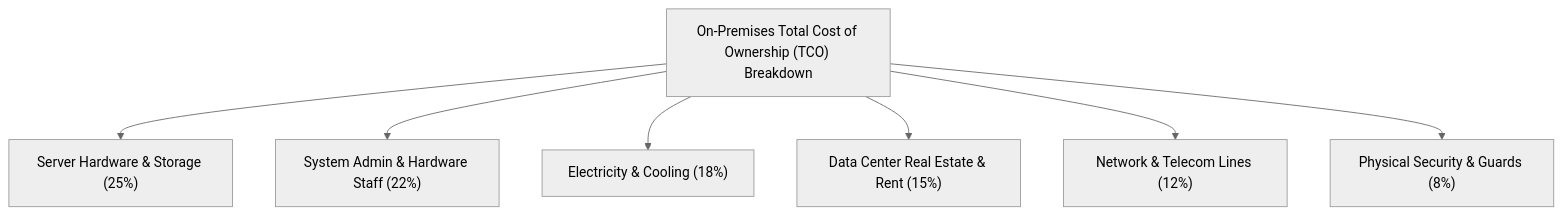
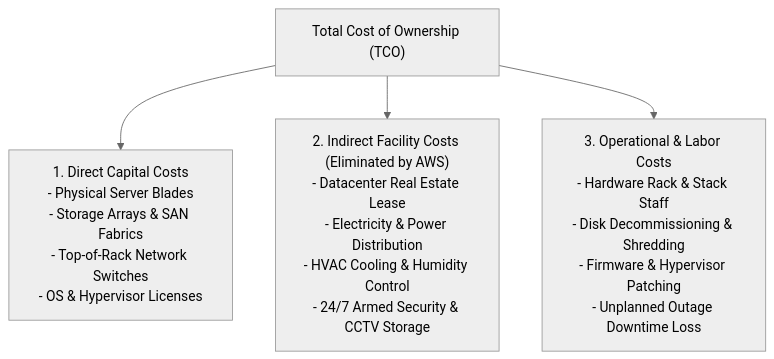
The third of 3 diagrams in Cloud/Practitioner/CLF-C02/06_Explanations/01_Cloud_Concepts/Cloud_Economics_and_TCO.md (fakhruldeen/AWS), drawn with Mermaid (neutral theme) before and after one commit. The commit also changed other lines of this file and 18 other files, not shown here.

````diff
--- a/Cloud/Practitioner/CLF-C02/06_Explanations/01_Cloud_Concepts/Cloud_Economics_and_TCO.md
+++ b/Cloud/Practitioner/CLF-C02/06_Explanations/01_Cloud_Concepts/Cloud_Economics_and_TCO.md
@@ -67,10 +85,10 @@
 ```mermaid
-flowchart TD
-    TCO["On-Premises Total Cost of Ownership (TCO) Breakdown"]
-    TCO --> C1["Server Hardware & Storage (25%)"]
-    TCO --> C2["System Admin & Hardware Staff (22%)"]
-    TCO --> C3["Electricity & Cooling (18%)"]
-    TCO --> C4["Data Center Real Estate & Rent (15%)"]
-    TCO --> C5["Network & Telecom Lines (12%)"]
-    TCO --> C6["Physical Security & Guards (8%)"]
+graph TD
+    TCO["Total Cost of Ownership (TCO)"]
+    
+    TCO --> Direct["1. Direct Capital Costs<br/>- Physical Server Blades<br/>- Storage Arrays & SAN Fabrics<br/>- Top-of-Rack Network Switches<br/>- OS & Hypervisor Licenses"]
+    
+    TCO --> Indirect["2. Indirect Facility Costs (Eliminated by AWS)<br/>- Datacenter Real Estate Lease<br/>- Electricity & Power Distribution<br/>- HVAC Cooling & Humidity Control<br/>- 24/7 Armed Security & CCTV Storage"]
+    
+    TCO --> Operational["3. Operational & Labor Costs<br/>- Hardware Rack & Stack Staff<br/>- Disk Decommissioning & Shredding<br/>- Firmware & Hypervisor Patching<br/>- Unplanned Outage Downtime Loss"]
 ```
````
